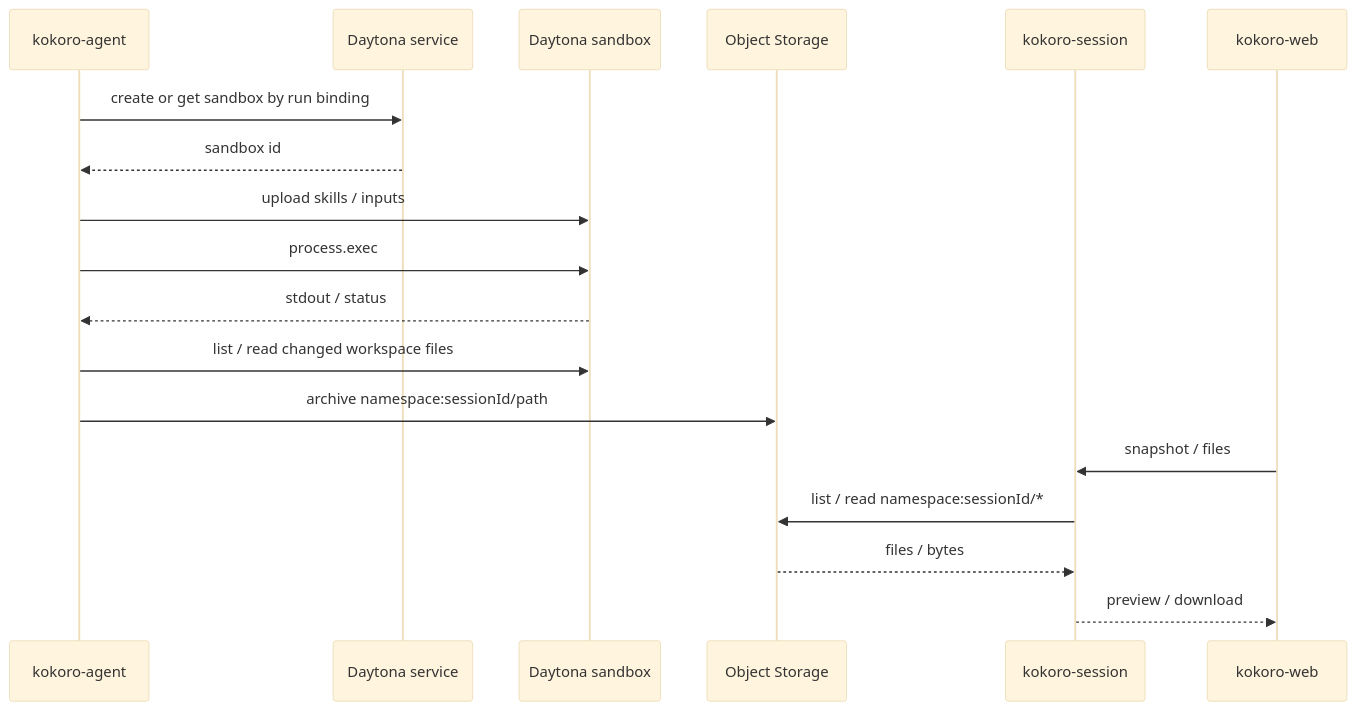
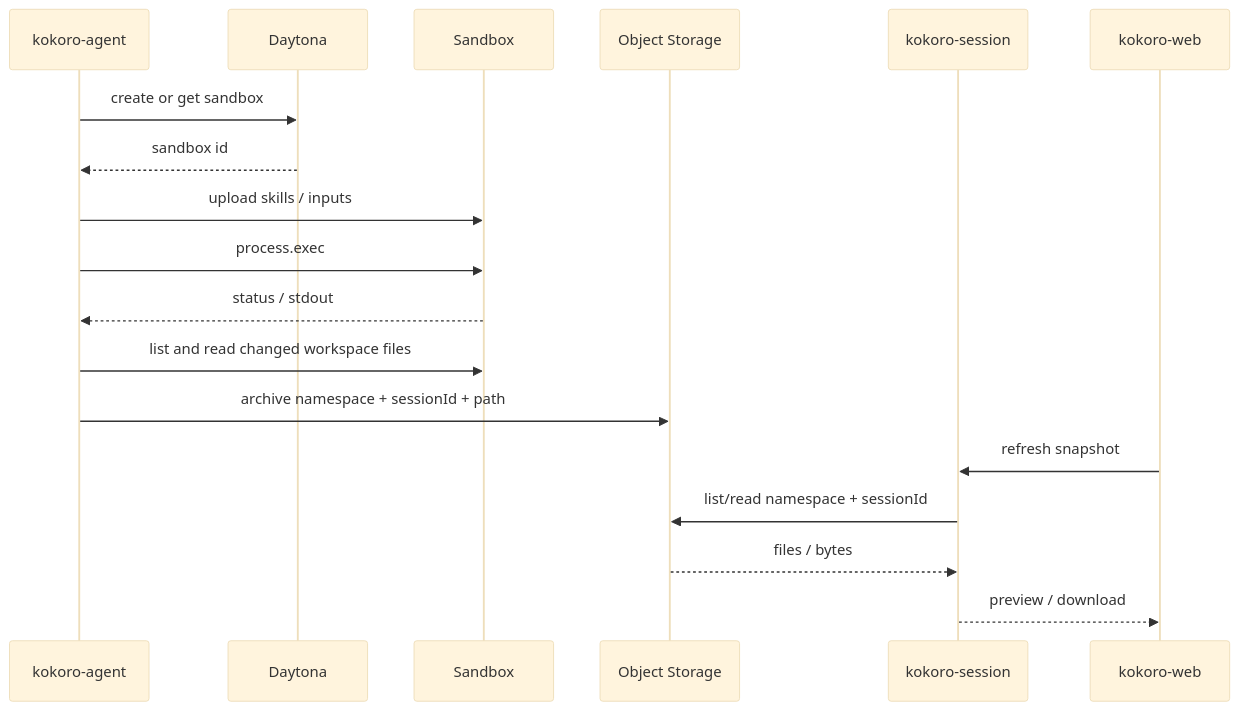
Before and after one commit to LordFoxFairy/Kokoro: the sixth of 8 diagrams in docs/superpowers/specs/2026-07-07-capability-namespace-auth-technical-plan.md, drawn with Mermaid (base theme). The commit also changed other lines of this file and 3 other files, not shown here.

````diff
--- a/docs/superpowers/specs/2026-07-07-capability-namespace-auth-technical-plan.md
+++ b/docs/superpowers/specs/2026-07-07-capability-namespace-auth-technical-plan.md
@@ -213,21 +345,21 @@
 ```mermaid
 sequenceDiagram
   participant GA as kokoro-agent
-  participant D as Daytona service
-  participant SB as Daytona sandbox
+  participant D as Daytona
+  participant SB as Sandbox
   participant O as Object Storage
   participant S as kokoro-session
   participant W as kokoro-web
 
-  GA->>D: create or get sandbox by run binding
+  GA->>D: create or get sandbox
   D-->>GA: sandbox id
   GA->>SB: upload skills / inputs
   GA->>SB: process.exec
-  SB-->>GA: stdout / status
-  GA->>SB: list / read changed workspace files
-  GA->>O: archive namespace:sessionId/path
-  W->>S: snapshot / files
-  S->>O: list / read namespace:sessionId/*
+  SB-->>GA: status / stdout
+  GA->>SB: list and read changed workspace files
+  GA->>O: archive namespace + sessionId + path
+  W->>S: refresh snapshot
+  S->>O: list/read namespace + sessionId
   O-->>S: files / bytes
   S-->>W: preview / download
 ```
````
